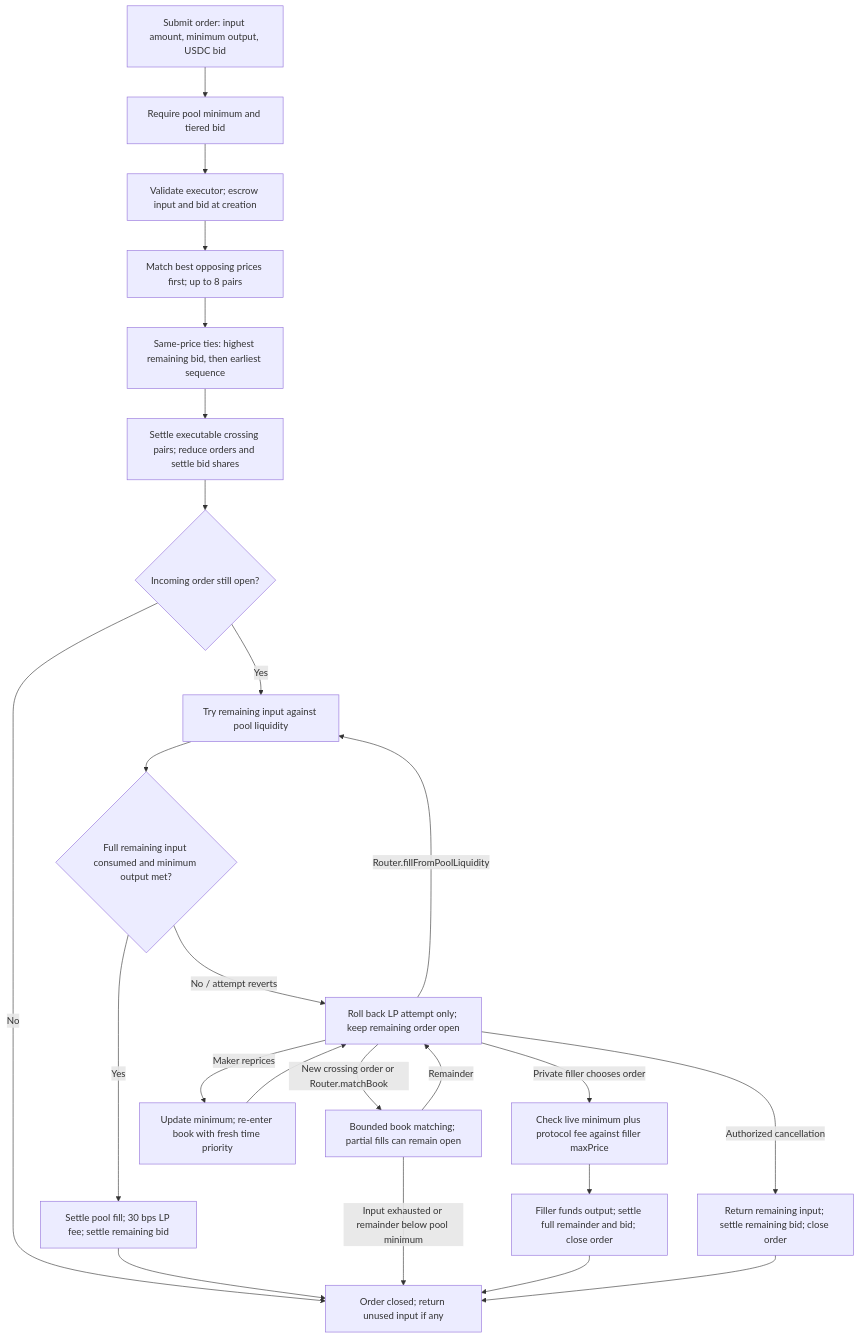
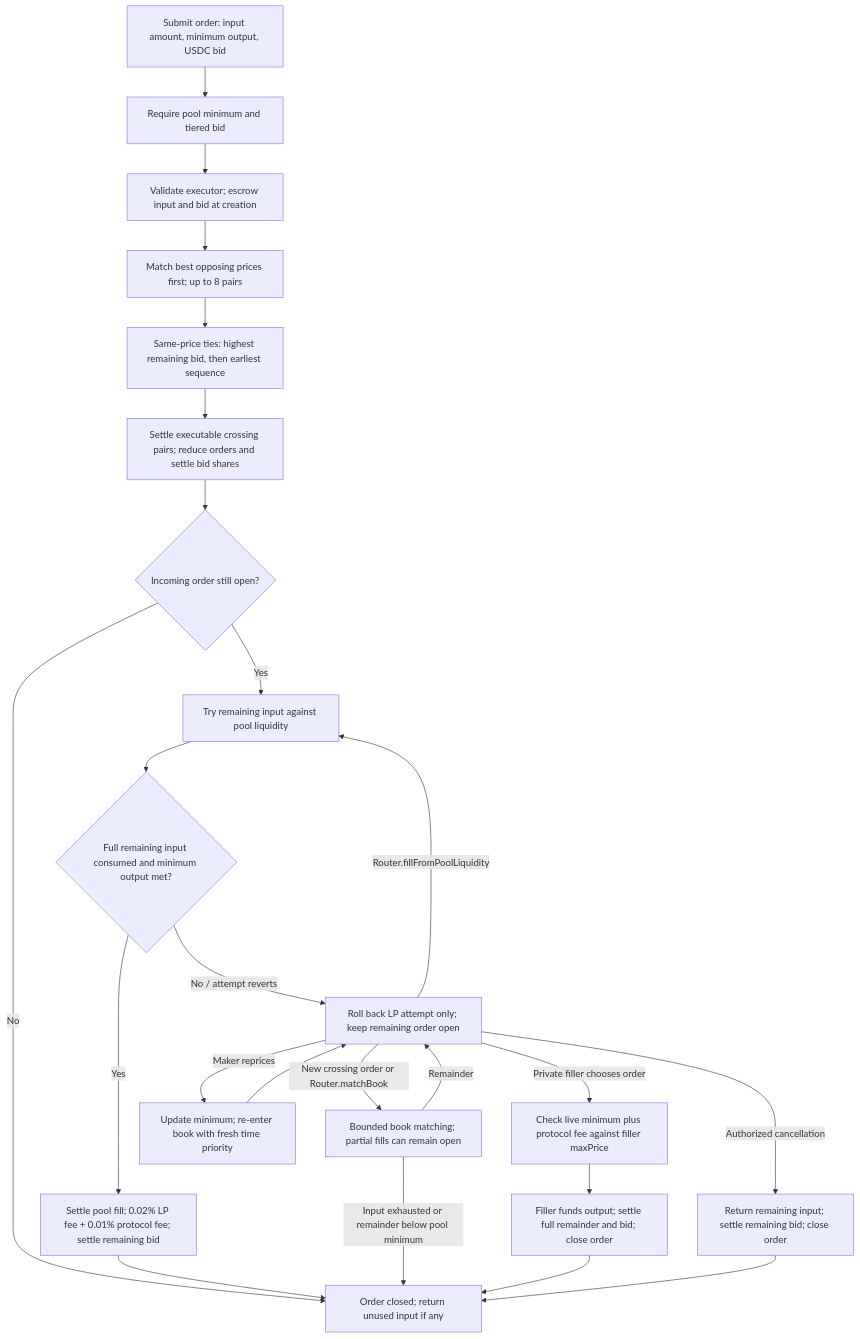
Before and after one commit to asyncswap/contracts: the first of 2 diagrams in docs/order-lifecycle.md, drawn with Mermaid. The commit also changed 60 other files, not shown here.

````diff
--- a/docs/order-lifecycle.md
+++ b/docs/order-lifecycle.md
@@ -9,26 +9,26 @@
 ```mermaid
 flowchart TD
     A["Submit order: input amount, minimum output, USDC bid"] --> D["Require pool minimum and tiered bid"]
     D --> E["Validate executor; escrow input and bid at creation"]
     E --> F["Match best opposing prices first; up to 8 pairs"]
     F --> G["Same-price ties: highest remaining bid, then earliest sequence"]
     G --> H["Settle executable crossing pairs; reduce orders and settle bid shares"]
     H --> I{"Incoming order still open?"}
     I -- "No" --> Z["Order closed; return unused input if any"]
     I -- "Yes" --> J["Try remaining input against pool liquidity"]
     J --> K{"Full remaining input consumed and minimum output met?"}
-    K -- "Yes" --> L["Settle pool fill; 30 bps LP fee; settle remaining bid"]
+    K -- "Yes" --> L["Settle pool fill; 0.02% LP fee + 0.01% protocol fee; settle remaining bid"]
     L --> Z
     K -- "No / attempt reverts" --> M["Roll back LP attempt only; keep remaining order open"]
     M -- "New crossing order or Router.matchBook" --> N["Bounded book matching; partial fills can remain open"]
     N -- "Remainder" --> M
     N -- "Input exhausted or remainder below pool minimum" --> Z
     M -- "Router.fillFromPoolLiquidity" --> J
     M -- "Private filler chooses order" --> O["Check live minimum plus protocol fee against filler maxPrice"]
     O --> P["Filler funds output; settle full remainder and bid; close order"]
     P --> Z
     M -- "Maker reprices" --> Q["Update minimum; re-enter book with fresh time priority"]
     Q --> M
     M -- "Authorized cancellation" --> R["Return remaining input; settle remaining bid; close order"]
     R --> Z
 ```
````
